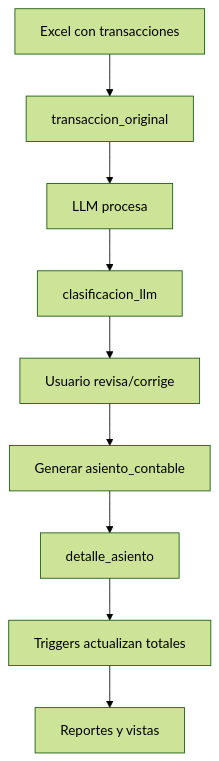
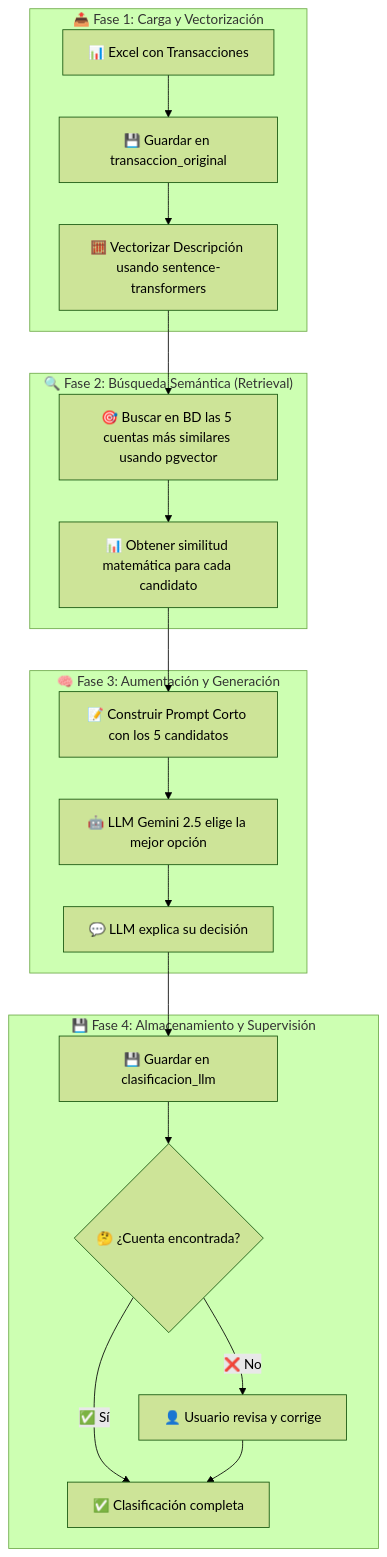
The diagram in ProjectoContable/README.md (ll23002/ProjectoContable), drawn with Mermaid (forest theme) before and after one commit. The commit also changed other lines of this file, not shown here.

Commit message:
documentacion con sphinx lista

````diff
--- a/ProjectoContable/README.md
+++ b/ProjectoContable/README.md
@@ -418,11 +525,26 @@
 ```mermaid
 graph TD
-    A[Excel con transacciones] --> B[transaccion_original]
-    B --> C[LLM procesa]
-    C --> D[clasificacion_llm]
-    D --> E[Usuario revisa/corrige]
-    E --> F[Generar asiento_contable]
-    F --> G[detalle_asiento]
-    G --> H[Triggers actualizan totales]
-    H --> I[Reportes y vistas]
+    subgraph "📤 Fase 1: Carga y Vectorización"
+        A[📊 Excel con Transacciones] --> B[💾 Guardar en transaccion_original]
+        B --> C[🧮 Vectorizar Descripción usando sentence-transformers]
+    end
+
+    subgraph "🔍 Fase 2: Búsqueda Semántica (Retrieval)"
+        C --> D[🎯 Buscar en BD las 5 cuentas más similares usando pgvector]
+        D --> E[📊 Obtener similitud matemática para cada candidato]
+    end
+
+    subgraph "🧠 Fase 3: Aumentación y Generación"
+        E --> F[📝 Construir Prompt Corto con los 5 candidatos]
+        F --> G[🤖 LLM Gemini 2.5 elige la mejor opción]
+        G --> H[💬 LLM explica su decisión]
+    end
+    
+    subgraph "💾 Fase 4: Almacenamiento y Supervisión"
+        H --> I[💾 Guardar en clasificacion_llm]
+        I --> J{🤔 ¿Cuenta encontrada?}
+        J -->|✅ Sí| K[✅ Clasificación completa]
+        J -->|❌ No| L[👤 Usuario revisa y corrige]
+        L --> K
+    end
 ```
````
